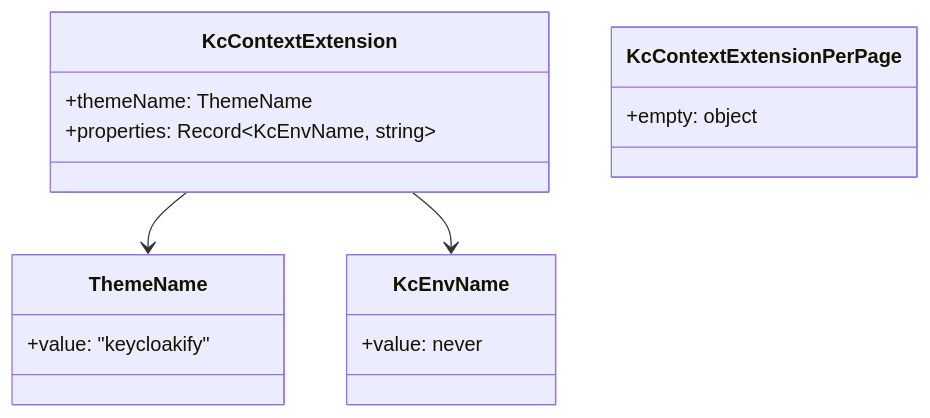
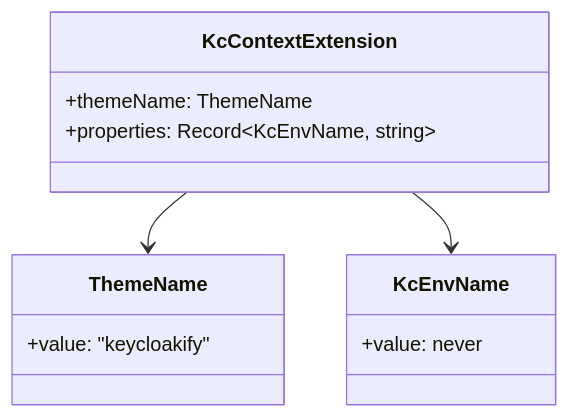
Before and after one commit to Wellcare/keycloakify: the second of 6 diagrams in docs/entities-diagram.md, drawn with Mermaid.

Commit message:
Remove KcContextExtensionPerPage class from entities diagram

````diff
--- a/docs/entities-diagram.md
+++ b/docs/entities-diagram.md
@@ -72,22 +72,18 @@
 ```mermaid
 classDiagram
     class ThemeName {
         +value: "keycloakify"
     }
 
     class KcEnvName {
         +value: never
     }
 
     class KcContextExtension {
         +themeName: ThemeName
         +properties: Record~KcEnvName, string~
     }
 
-    class KcContextExtensionPerPage {
-        +empty: object
-    }
-
     KcContextExtension --> ThemeName
     KcContextExtension --> KcEnvName
 ```
````
